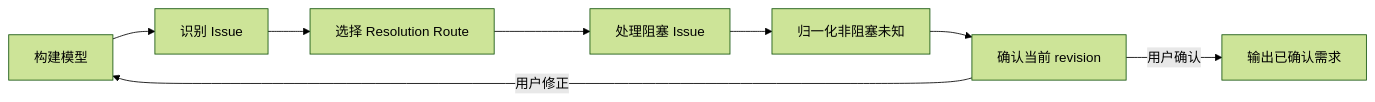
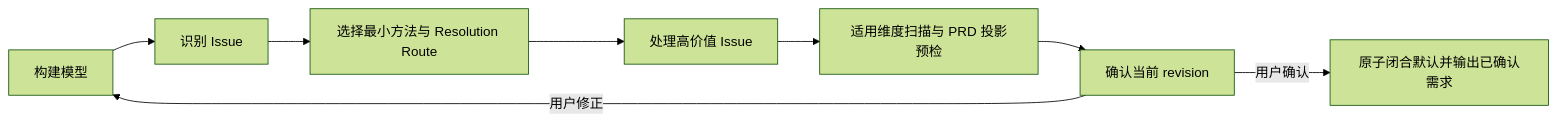
One commit to shirayner/ace changed the diagram in plugin/skills/requirement-understanding-v2/references/flow.md. Above: the diagram before and after it, drawn with Mermaid (forest theme). The commit also changed other lines of this file and 14 other files, not shown here.

````diff
--- a/plugin/skills/requirement-understanding-v2/references/flow.md
+++ b/plugin/skills/requirement-understanding-v2/references/flow.md
@@ -9,10 +9,10 @@
 ```mermaid
 flowchart LR
     A[构建模型] --> B[识别 Issue]
-    B --> C[选择 Resolution Route]
-    C --> D[处理阻塞 Issue]
-    D --> E[归一化非阻塞未知]
+    B --> C[选择最小方法与 Resolution Route]
+    C --> D[处理高价值 Issue]
+    D --> E[适用维度扫描与 PRD 投影预检]
     E --> F[确认当前 revision]
     F -->|用户修正| A
-    F -->|用户确认| G[输出已确认需求]
+    F -->|用户确认| G[原子闭合默认并输出已确认需求]
 ```
````
